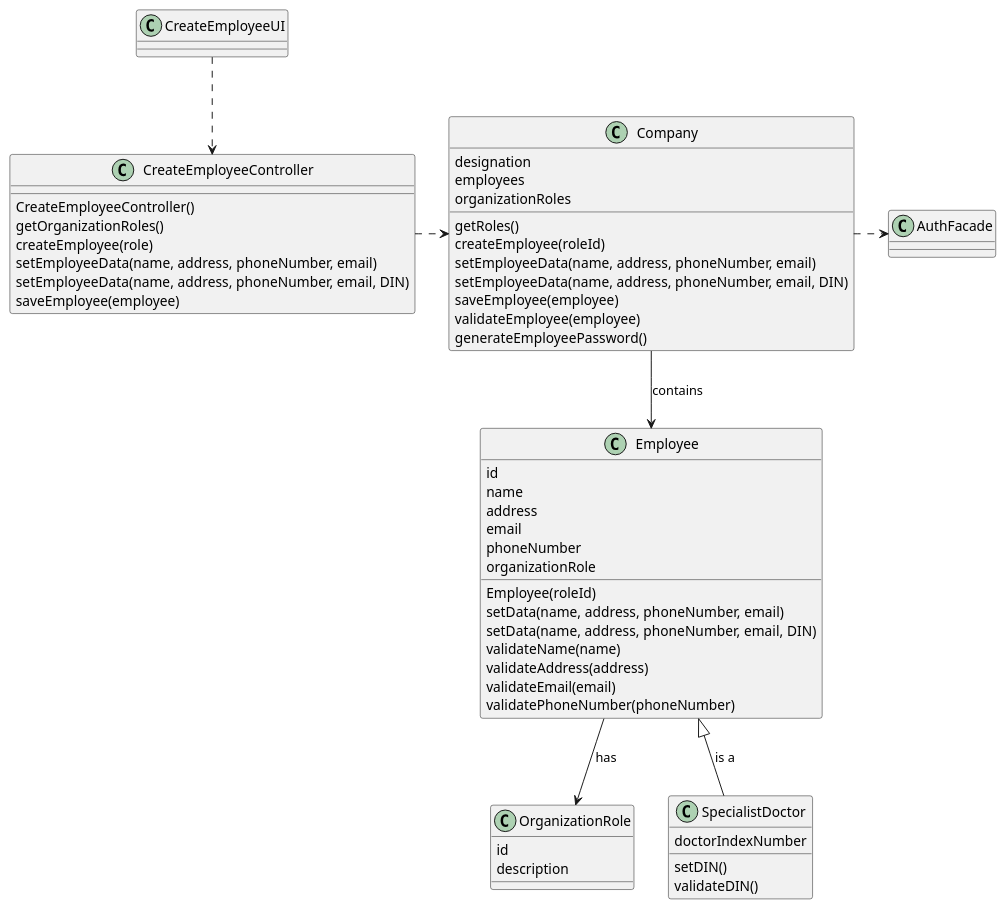
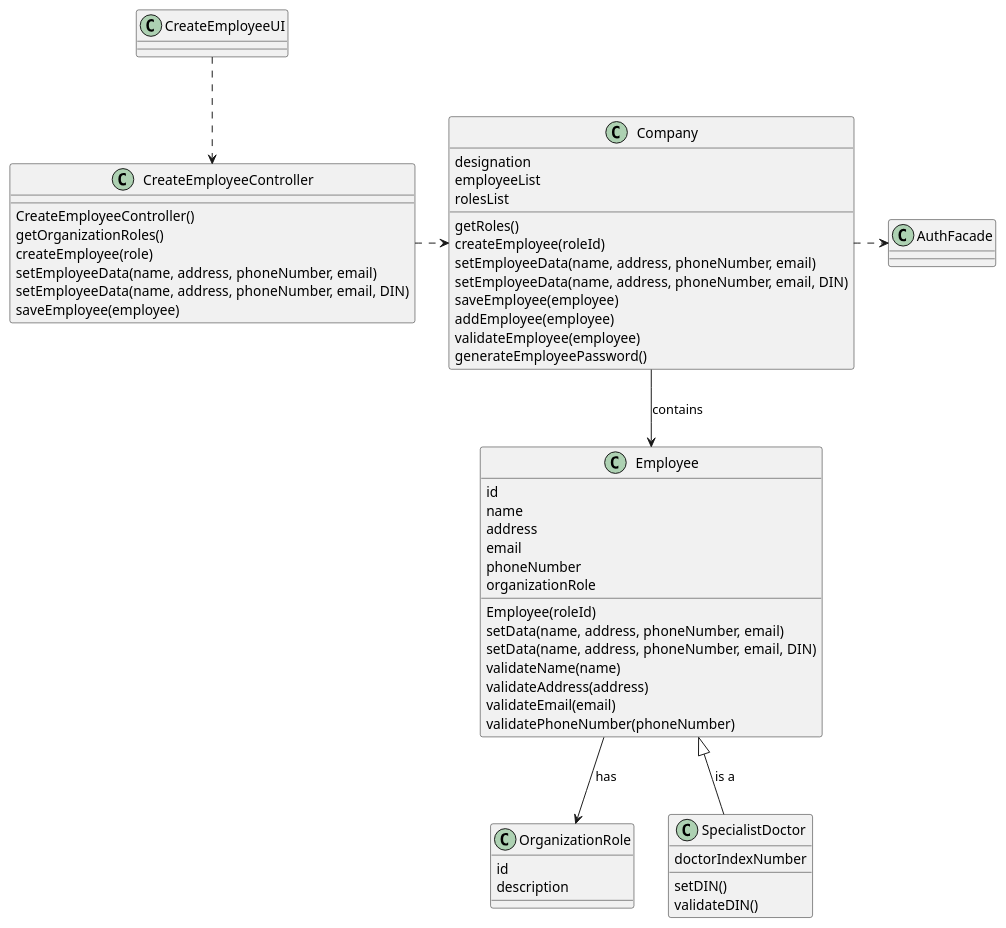
Before and after one commit to MadDinosaur/ISEP-LAPR2: the diagram in docs/SprintB/US7/US7_CD.puml, drawn with PlantUML. The commit also changed 2 other files, not shown here.

Commit message:
Added Organization Role to US7 artifacts.

```diff
--- a/docs/SprintB/US7/US7_CD.puml
+++ b/docs/SprintB/US7/US7_CD.puml
@@ -1,55 +1,56 @@
 @startuml
 class CreateEmployeeUI
 class CreateEmployeeController {
 {method} CreateEmployeeController()
 {method} getOrganizationRoles()
 {method} createEmployee(role)
 {method} setEmployeeData(name, address, phoneNumber, email)
 {method} setEmployeeData(name, address, phoneNumber, email, DIN)
 {method} saveEmployee(employee)
 }
 class Company {
 {field} designation
-{field} employees
-{field} organizationRoles
+{field} employeeList
+{field} rolesList
 {method} getRoles()
 {method} createEmployee(roleId)
 {method} setEmployeeData(name, address, phoneNumber, email)
 {method} setEmployeeData(name, address, phoneNumber, email, DIN)
 {method} saveEmployee(employee)
+{method} addEmployee(employee)
 {method} validateEmployee(employee)
 {method} generateEmployeePassword()
 }
 class Employee {
 {field} id
 {field} name
 {field} address
 {field} email
 {field} phoneNumber
 {field} organizationRole
 {method} Employee(roleId)
 {method} setData(name, address, phoneNumber, email)
 {method} setData(name, address, phoneNumber, email, DIN)
 {method} validateName(name)
 {method} validateAddress(address)
 {method} validateEmail(email)
 {method} validatePhoneNumber(phoneNumber)
 }
 class OrganizationRole {
 {field} id
 {field} description
 }
 class SpecialistDoctor {
 {field} doctorIndexNumber
 {method} setDIN()
 {method} validateDIN()
 }
 class AuthFacade
 
 CreateEmployeeUI ..> CreateEmployeeController
 CreateEmployeeController .right.> Company
 Company --> Employee : contains
 Company .right.> AuthFacade
 Employee --> OrganizationRole : has
 Employee <|-- SpecialistDoctor : is a
 @enduml
```
